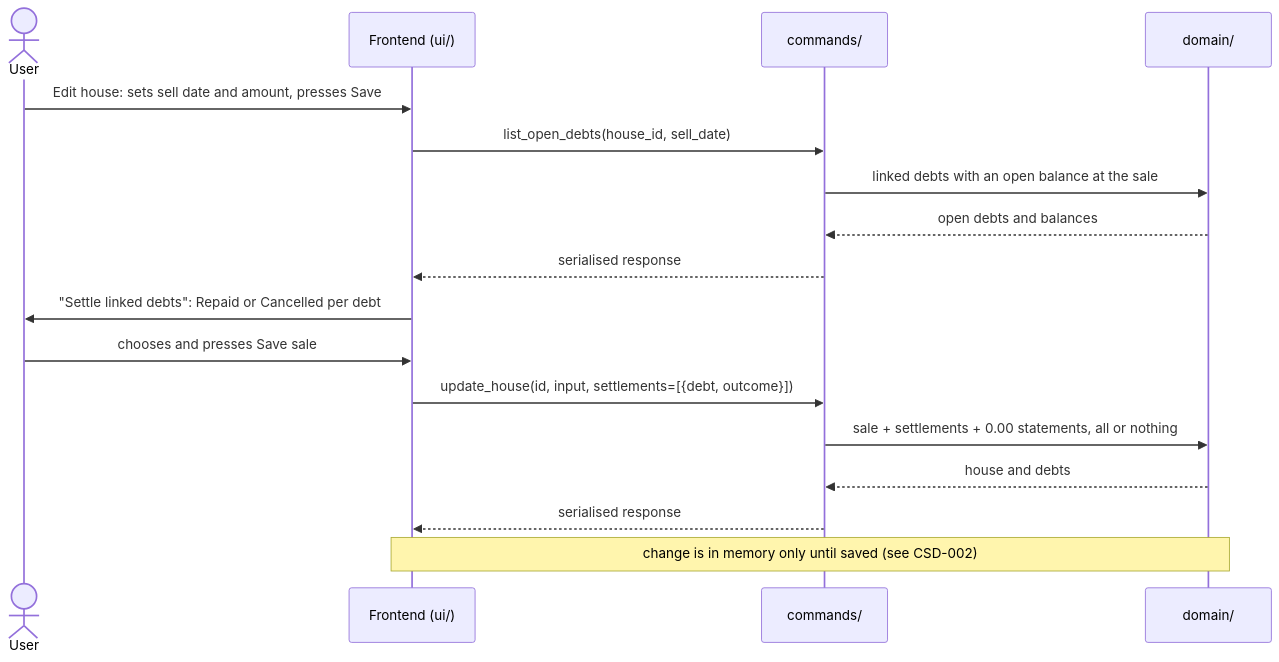
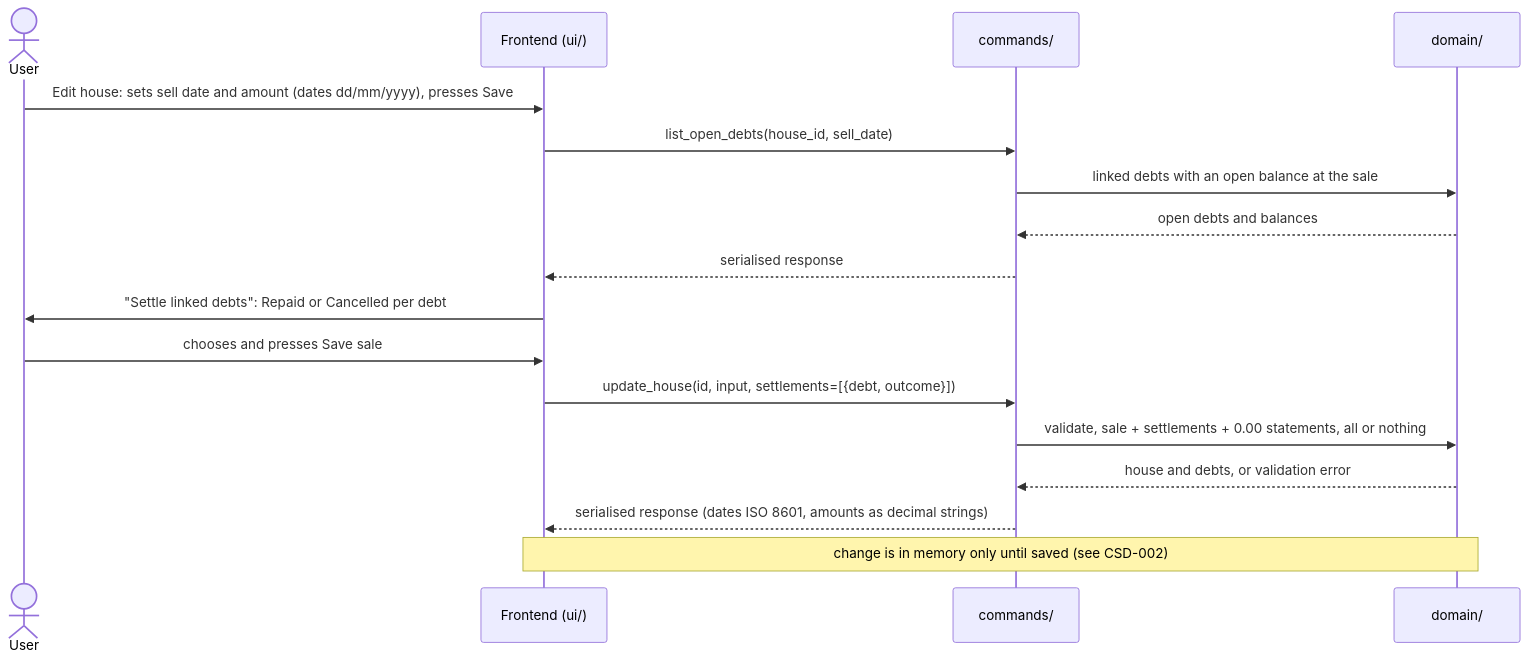
One commit to BardoelT/varde changed the first of 2 diagrams in docs/csd/CSD-020-debt-linked-to-house.md. Above: the diagram before and after it, drawn with Mermaid. The commit also changed other lines of this file and 7 other files, not shown here.

````diff
--- a/docs/csd/CSD-020-debt-linked-to-house.md
+++ b/docs/csd/CSD-020-debt-linked-to-house.md
@@ -49,19 +64,19 @@
 ```mermaid
 sequenceDiagram
     actor U as User
     participant UI as Frontend (ui/)
     participant CMD as commands/
     participant DOM as domain/
-    U->>UI: Edit house: sets sell date and amount, presses Save
+    U->>UI: Edit house: sets sell date and amount (dates dd/mm/yyyy), presses Save
     UI->>CMD: list_open_debts(house_id, sell_date)
     CMD->>DOM: linked debts with an open balance at the sale
     DOM-->>CMD: open debts and balances
     CMD-->>UI: serialised response
     UI->>U: "Settle linked debts": Repaid or Cancelled per debt
     U->>UI: chooses and presses Save sale
     UI->>CMD: update_house(id, input, settlements=[{debt, outcome}])
-    CMD->>DOM: sale + settlements + 0.00 statements, all or nothing
-    DOM-->>CMD: house and debts
-    CMD-->>UI: serialised response
+    CMD->>DOM: validate, sale + settlements + 0.00 statements, all or nothing
+    DOM-->>CMD: house and debts, or validation error
+    CMD-->>UI: serialised response (dates ISO 8601, amounts as decimal strings)
     Note over UI,DOM: change is in memory only until saved (see CSD-002)
 ```
````
